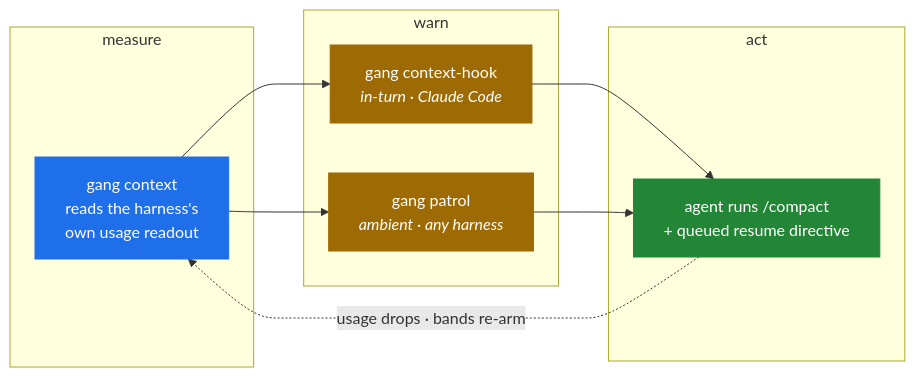
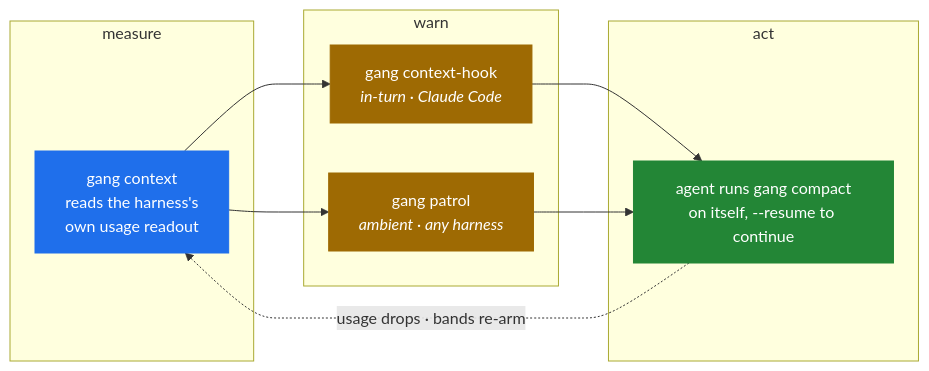
Before and after one commit to adambiggs/gangline: the third of 3 diagrams in README.md, drawn with Mermaid. The commit also changed other lines of this file and 5 other files, not shown here.

````diff
--- a/README.md
+++ b/README.md
@@ -154,21 +162,21 @@
 ```mermaid
 flowchart LR
     subgraph M["measure"]
         ctx["gang context<br>reads the harness's<br>own usage readout"]:::core
     end
     subgraph W["warn"]
         hook["gang context-hook<br><i>in-turn · Claude Code</i>"]:::warn
         patrol["gang patrol<br><i>ambient · any harness</i>"]:::warn
     end
     subgraph A["act"]
-        comp["agent runs /compact<br>+ queued resume directive"]:::agent
+        comp["agent runs gang compact<br>on itself, --resume to continue"]:::agent
     end
 
     ctx --> hook --> comp
     ctx --> patrol --> comp
     comp -.->|"usage drops · bands re-arm"| ctx
 
     classDef core fill:#1f6feb,stroke:#1f6feb,color:#fff
     classDef warn fill:#9e6a03,stroke:#9e6a03,color:#fff
     classDef agent fill:#238636,stroke:#238636,color:#fff
 ```
````
